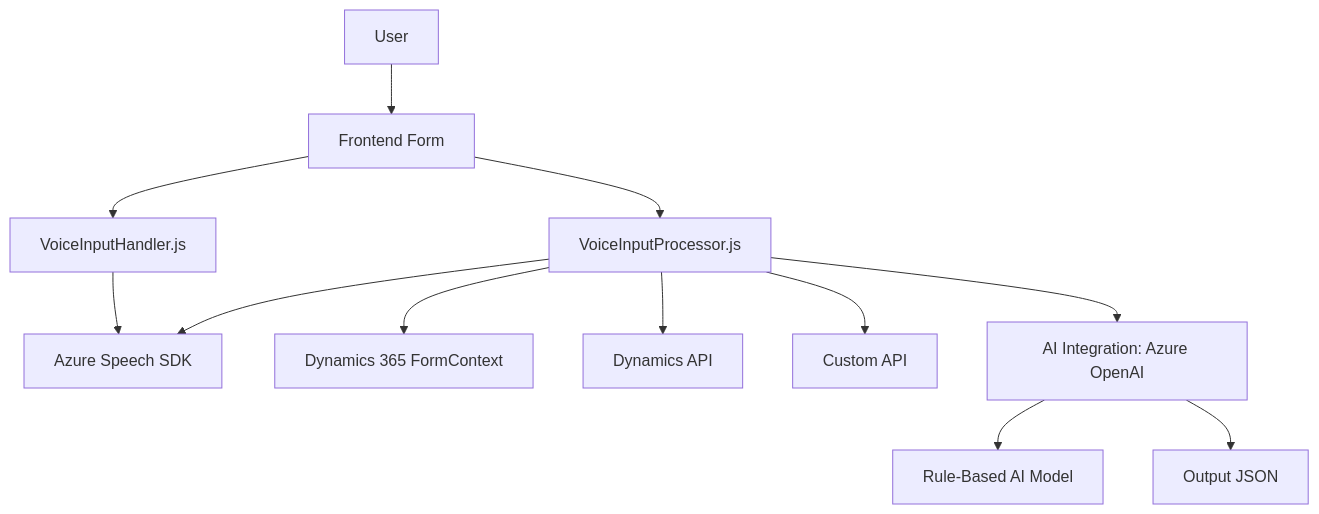
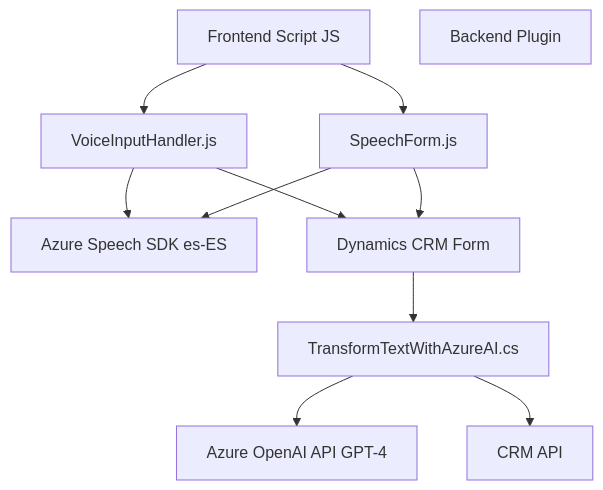
One commit to blopezdm/NETCORE_BILBAO2025 changed the diagram in README.md. Above: the diagram before and after it, drawn with Mermaid. The commit also changed other lines of this file, not shown here.

````diff
--- a/README.md
+++ b/README.md
@@ -58,17 +47,22 @@
 ```mermaid
 graph TD
-    A["User"] --> B["Frontend Form"]
-    B --> C["VoiceInputHandler.js"]
-    B --> D["VoiceInputProcessor.js"]
+    A["Frontend Script JS"]
+    B["VoiceInputHandler.js"]
+    C["SpeechForm.js"]
+    D["Azure Speech SDK es-ES"]
+    E["Dynamics CRM Form"]
+    F["Backend Plugin"]
+    G["TransformTextWithAzureAI.cs"]
+    H["Azure OpenAI API GPT-4"]
+    I["CRM API"]
 
-    C --> K["Azure Speech SDK"]
-    D --> K
-
-    D --> E["Dynamics 365 FormContext"]
-    D --> F["Dynamics API"]
-    D --> G["Custom API"]
-    D --> J["AI Integration: Azure OpenAI"]
-
-    J --> H["Rule-Based AI Model"]
-    J --> I["Output JSON"]
+    A --> B
+    A --> C
+    B --> D
+    B --> E
+    C --> D
+    C --> E
+    E --> G
+    G --> H
+    G --> I
 ```
````
